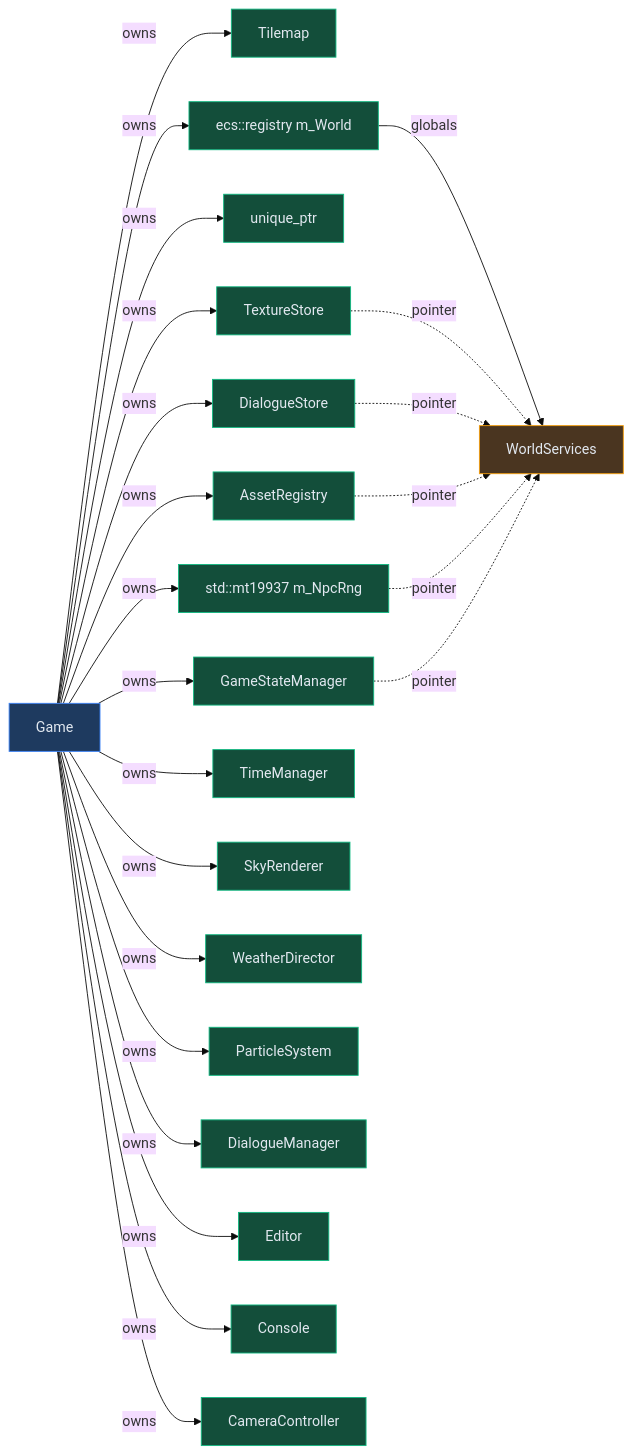
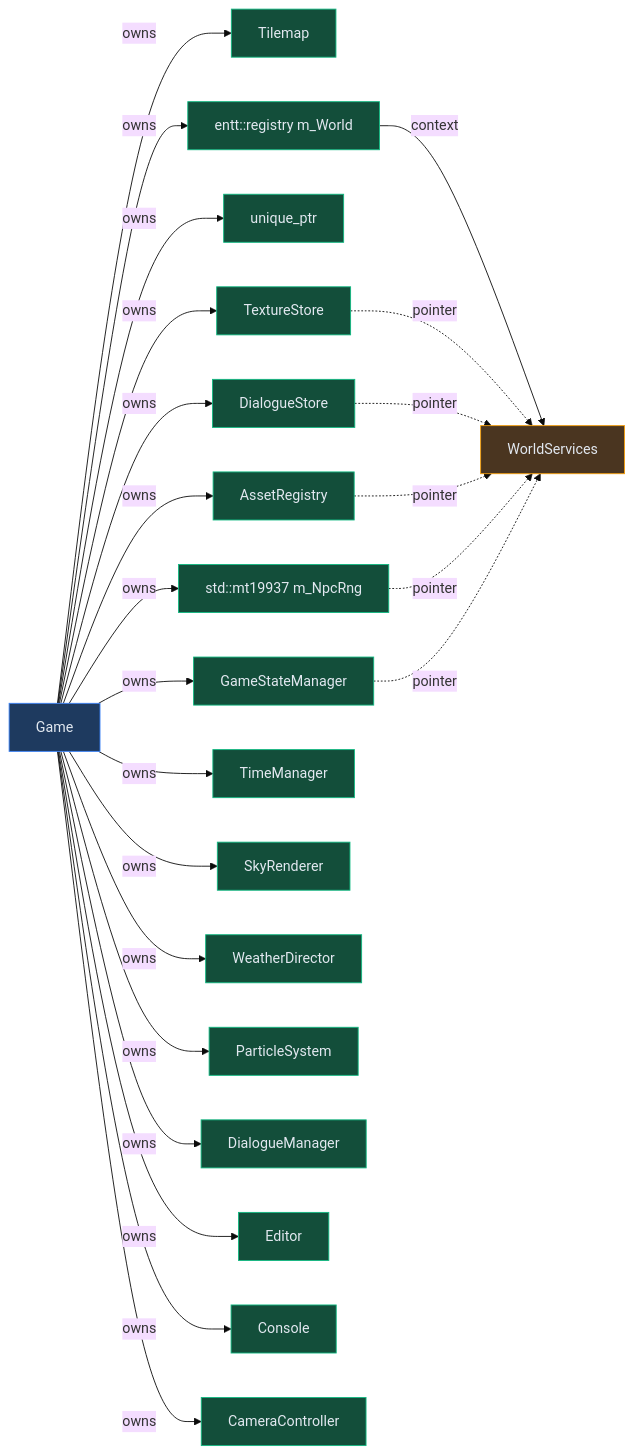
Before and after one commit to baaz777/rift: the third of 7 diagrams in docs/ARCHITECTURE.md, drawn with Mermaid (base theme). The commit also changed other lines of this file, not shown here.

Commit message:
📝 Document EnTT registry and ctx services in architecture

```diff
--- a/docs/ARCHITECTURE.md
+++ b/docs/ARCHITECTURE.md
@@ -237,32 +238,32 @@
 <pre class="mermaid">
 graph LR
     classDef owner fill:#1e3a5f,stroke:#3b82f6,color:#e2e8f0
     classDef owned fill:#134e3a,stroke:#10b981,color:#e2e8f0
     classDef published fill:#4a3520,stroke:#f59e0b,color:#e2e8f0
 
     Game["Game"]:::owner
 
     Game --> |owns| Tilemap["Tilemap"]:::owned
-    Game --> |owns| Registry["ecs::registry m_World"]:::owned
+    Game --> |owns| Registry["entt::registry m_World"]:::owned
     Game --> |owns| Renderer["unique_ptr&lt;IRenderer&gt;"]:::owned
     Game --> |owns| Textures["TextureStore"]:::owned
     Game --> |owns| Dialogues["DialogueStore"]:::owned
     Game --> |owns| Assets["AssetRegistry"]:::owned
     Game --> |owns| Rng["std::mt19937 m_NpcRng"]:::owned
     Game --> |owns| State["GameStateManager"]:::owned
     Game --> |owns| Time["TimeManager"]:::owned
     Game --> |owns| Sky["SkyRenderer"]:::owned
     Game --> |owns| Weather["WeatherDirector"]:::owned
     Game --> |owns| Particles["ParticleSystem"]:::owned
     Game --> |owns| DialogueMgr["DialogueManager"]:::owned
     Game --> |owns| Editor["Editor"]:::owned
     Game --> |owns| Console["Console"]:::owned
     Game --> |owns| Camera["CameraController"]:::owned
 
-    Registry --> |globals| Services["WorldServices"]:::published
+    Registry --> |context| Services["WorldServices"]:::published
     Textures -.-> |pointer| Services
     Dialogues -.-> |pointer| Services
     Assets -.-> |pointer| Services
     Rng -.-> |pointer| Services
     State -.-> |pointer| Services
 </pre>
```
